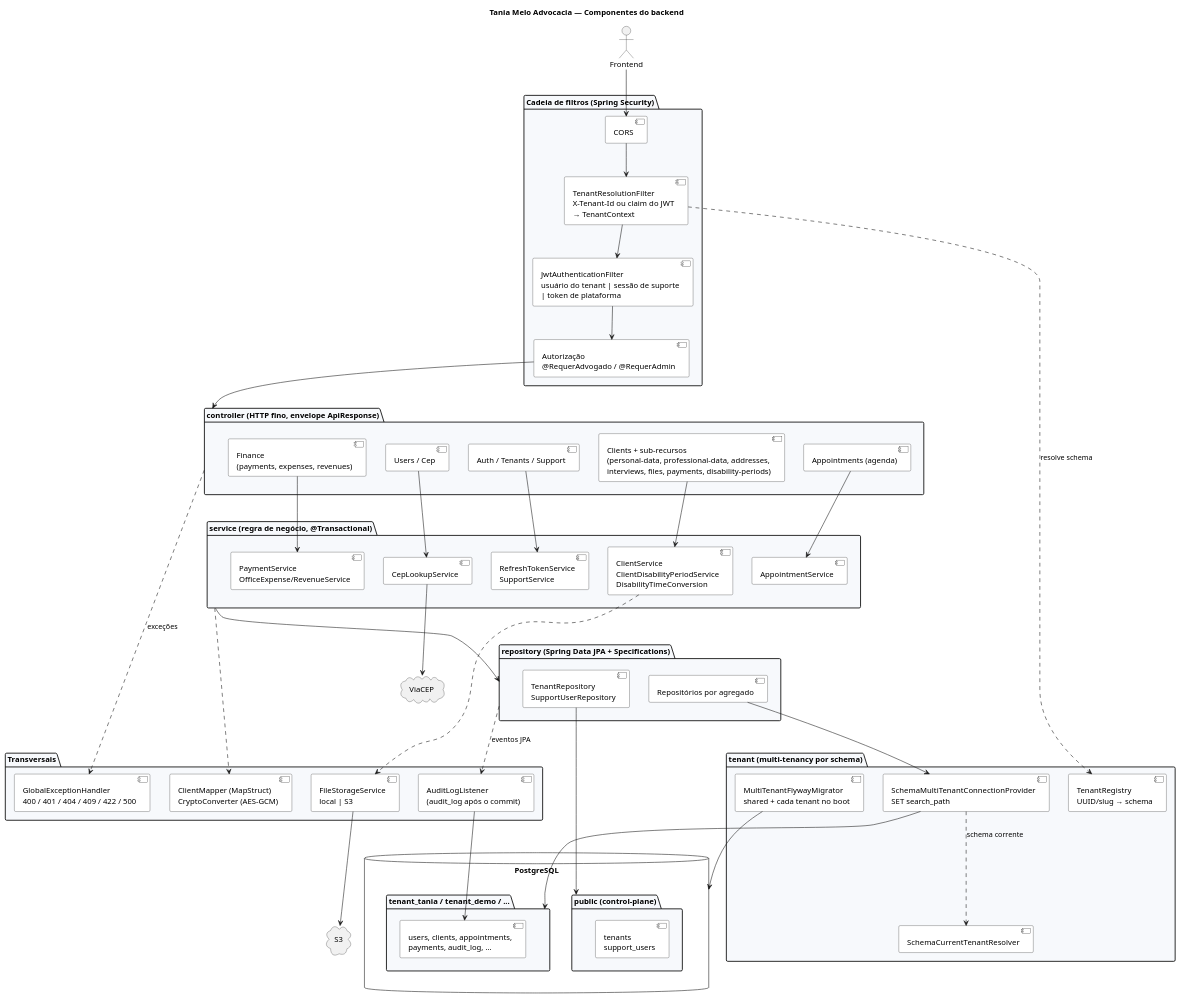
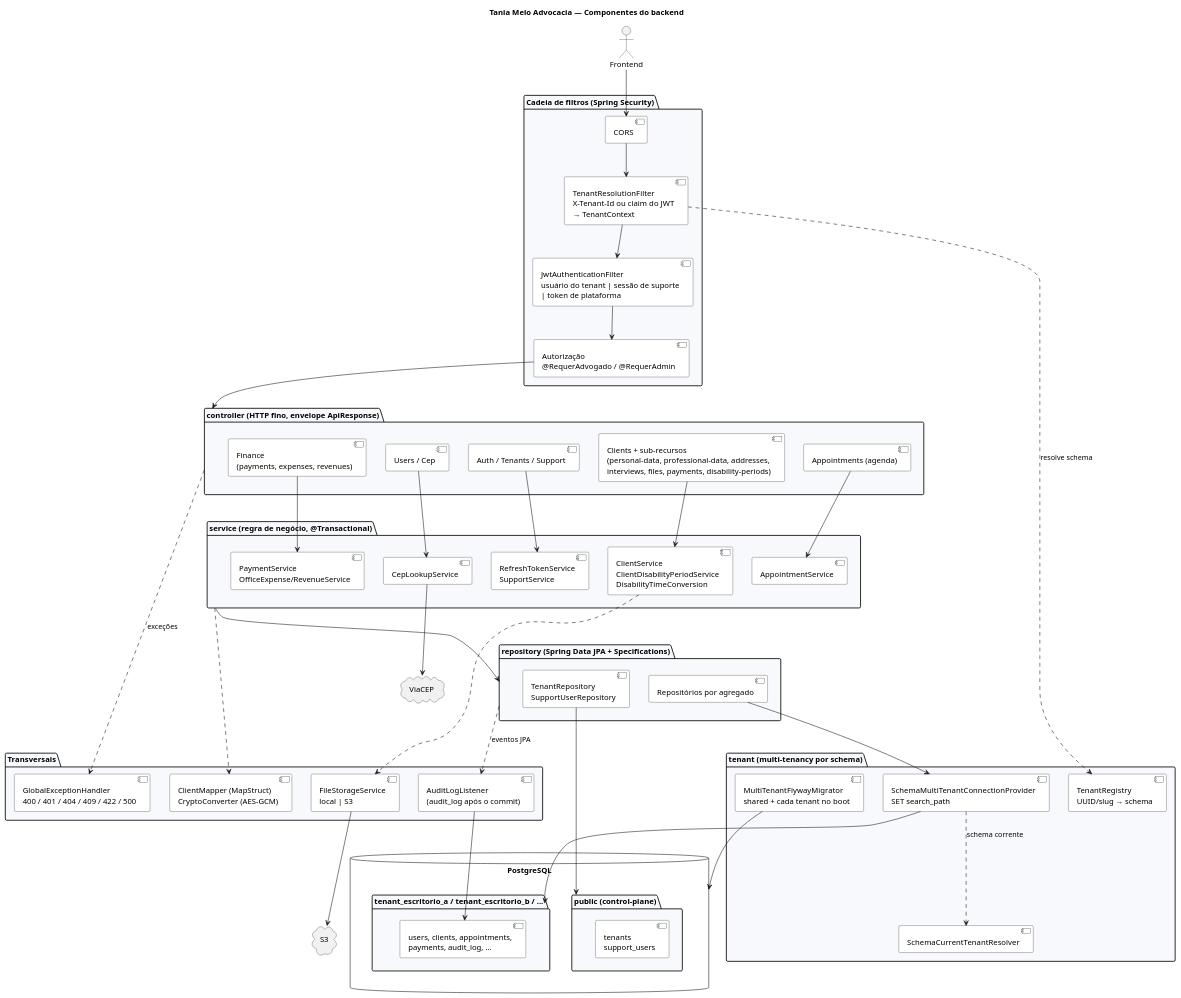
The diagram in docs/arquitetura/02-componentes.puml (yuriandrade91/taniamelo-advocacia-backend), drawn with PlantUML before and after one commit. The commit also changed 7 other files, not shown here.

```diff
--- a/docs/arquitetura/02-componentes.puml
+++ b/docs/arquitetura/02-componentes.puml
@@ -1,94 +1,94 @@
 @startuml 02-componentes
 ' Camadas do monolito e a infraestrutura multi-tenant por schema.
 title Tania Melo Advocacia — Componentes do backend
 
 skinparam shadowing false
 skinparam defaultFontName Helvetica
 skinparam packageBackgroundColor #F7F9FC
 skinparam componentBackgroundColor #FFFFFF
 skinparam databaseBackgroundColor #FFFFFF
 
 actor "Frontend" as front
 
 package "Cadeia de filtros (Spring Security)" as chain {
   component "CORS" as cors
   component "TenantResolutionFilter\nX-Tenant-Id ou claim do JWT\n→ TenantContext" as tenantFilter
   component "JwtAuthenticationFilter\nusuário do tenant | sessão de suporte\n| token de plataforma" as jwtFilter
   component "Autorização\n@RequerAdvogado / @RequerAdmin" as authz
 }
 
 package "controller (HTTP fino, envelope ApiResponse)" as controllers {
   component "Auth / Tenants / Support" as cAuth
   component "Clients + sub-recursos\n(personal-data, professional-data, addresses,\ninterviews, files, payments, disability-periods)" as cClients
   component "Appointments (agenda)" as cAgenda
   component "Finance\n(payments, expenses, revenues)" as cFinance
   component "Users / Cep" as cMisc
 }
 
 package "service (regra de negócio, @Transactional)" as services {
   component "ClientService\nClientDisabilityPeriodService\nDisabilityTimeConversion" as sClient
   component "AppointmentService" as sAgenda
   component "PaymentService\nOfficeExpense/RevenueService" as sFinance
   component "RefreshTokenService\nSupportService" as sAuth
   component "CepLookupService" as sCep
 }
 
 package "repository (Spring Data JPA + Specifications)" as repos {
   component "Repositórios por agregado" as rTenant
   component "TenantRepository\nSupportUserRepository" as rPublic
 }
 
 package "Transversais" as cross {
   component "GlobalExceptionHandler\n400 / 401 / 404 / 409 / 422 / 500" as errors
   component "AuditLogListener\n(audit_log após o commit)" as audit
   component "FileStorageService\nlocal | S3" as storage
   component "ClientMapper (MapStruct)\nCryptoConverter (AES-GCM)" as mapping
 }
 
 package "tenant (multi-tenancy por schema)" as tenancy {
   component "TenantRegistry\nUUID/slug → schema" as registry
   component "SchemaCurrentTenantResolver" as resolver
   component "SchemaMultiTenantConnectionProvider\nSET search_path" as connProvider
   component "MultiTenantFlywayMigrator\nshared + cada tenant no boot" as migrator
 }
 
 database "PostgreSQL" as pg {
   folder "public (control-plane)" as schPublic {
     component "tenants\nsupport_users" as tPublic
   }
-  folder "tenant_tania / tenant_demo / ..." as schTenant {
+  folder "tenant_escritorio_a / tenant_escritorio_b / ..." as schTenant {
     component "users, clients, appointments,\npayments, audit_log, ..." as tTenant
   }
 }
 
 cloud "S3" as s3
 cloud "ViaCEP" as viacep
 
 front --> cors
 cors --> tenantFilter
 tenantFilter --> jwtFilter
 jwtFilter --> authz
 tenantFilter ..> registry : resolve schema
 authz --> controllers
 
 cAuth --> sAuth
 cClients --> sClient
 cAgenda --> sAgenda
 cFinance --> sFinance
 cMisc --> sCep
 
 services --> repos
 services ..> mapping
 sClient ..> storage
 sCep --> viacep
 storage --> s3
 
 rTenant --> connProvider
 connProvider ..> resolver : schema corrente
 connProvider --> schTenant
 rPublic --> schPublic
 migrator --> pg
 repos ..> audit : eventos JPA
 audit --> tTenant
 controllers ..> errors : exceções
 @enduml
```
